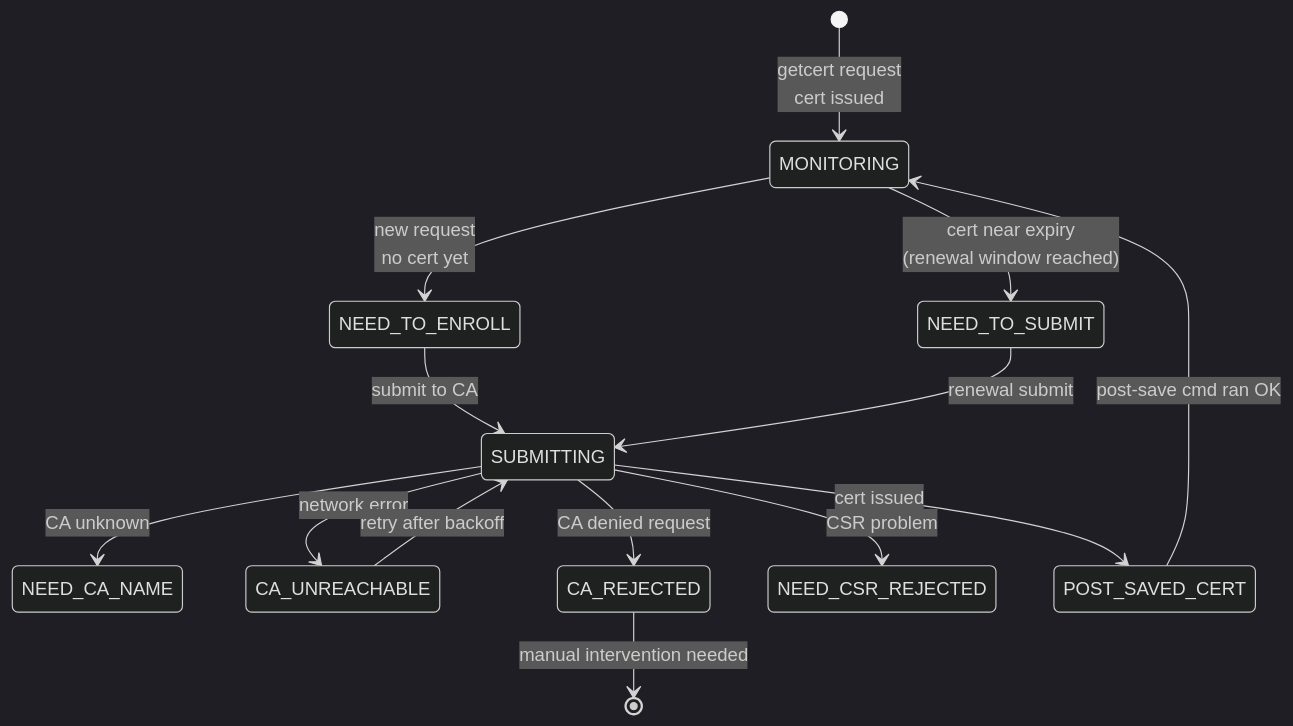
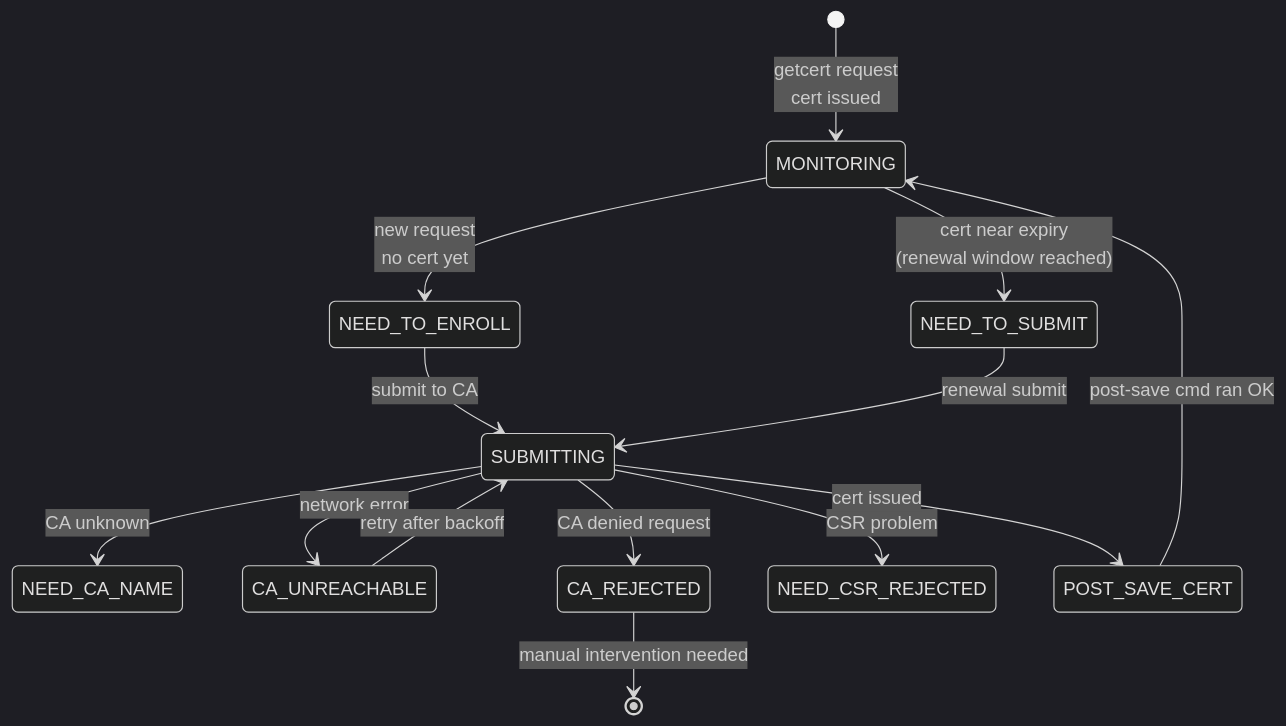
Before and after one commit to UncleJS/course_FreeIPA: the seventh of 9 diagrams in 09_certificate_management_fundamentals.md, drawn with Mermaid (dark theme). The commit also changed other lines of this file and 24 other files, not shown here.

````diff
--- a/09_certificate_management_fundamentals.md
+++ b/09_certificate_management_fundamentals.md
@@ -387,16 +387,16 @@
 ```mermaid
 stateDiagram-v2
     [*] --> MONITORING: getcert request<br/>cert issued
     MONITORING --> NEED_TO_ENROLL: new request<br/>no cert yet
     NEED_TO_ENROLL --> SUBMITTING: submit to CA
     SUBMITTING --> NEED_CA_NAME: CA unknown
     SUBMITTING --> CA_UNREACHABLE: network error
     SUBMITTING --> CA_REJECTED: CA denied request
     SUBMITTING --> NEED_CSR_REJECTED: CSR problem
-    SUBMITTING --> POST_SAVED_CERT: cert issued
-    POST_SAVED_CERT --> MONITORING: post-save cmd ran OK
+    SUBMITTING --> POST_SAVE_CERT: cert issued
+    POST_SAVE_CERT --> MONITORING: post-save cmd ran OK
     MONITORING --> NEED_TO_SUBMIT: cert near expiry<br/>(renewal window reached)
     NEED_TO_SUBMIT --> SUBMITTING: renewal submit
     CA_UNREACHABLE --> SUBMITTING: retry after backoff
     CA_REJECTED --> [*]: manual intervention needed
 ```
````
